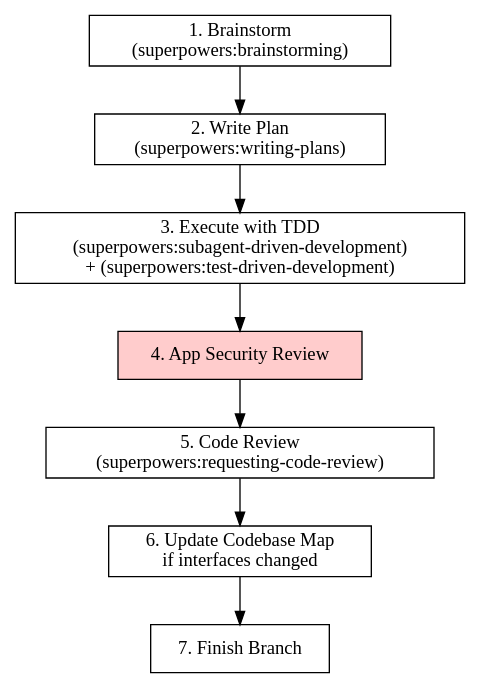
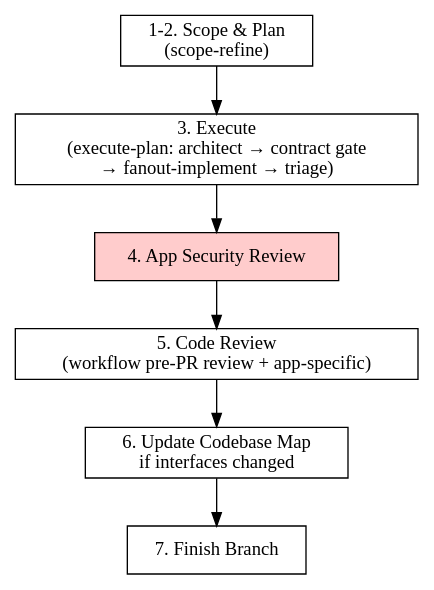
One commit to Nilay-Shah/dotfiles changed the diagram in .claude/skills/staff-swe/SKILL.md. Above: the diagram before and after it, drawn with Graphviz. The commit also changed other lines of this file and 26 other files, not shown here.

````diff
--- a/.claude/skills/staff-swe/SKILL.md
+++ b/.claude/skills/staff-swe/SKILL.md
@@ -25,14 +25,13 @@
 ```dot
 digraph swe_pipeline {
     rankdir=TB;
-    brainstorm [label="1. Brainstorm\n(superpowers:brainstorming)", shape=box];
-    plan [label="2. Write Plan\n(superpowers:writing-plans)", shape=box];
-    execute [label="3. Execute with TDD\n(superpowers:subagent-driven-development)\n+ (superpowers:test-driven-development)", shape=box];
+    scope [label="1-2. Scope & Plan\n(scope-refine)", shape=box];
+    execute [label="3. Execute\n(execute-plan: architect → contract gate\n→ fanout-implement → triage)", shape=box];
     security [label="4. App Security Review", shape=box, style=filled, fillcolor="#ffcccc"];
-    review [label="5. Code Review\n(superpowers:requesting-code-review)", shape=box];
+    review [label="5. Code Review\n(workflow pre-PR review + app-specific)", shape=box];
     update [label="6. Update Codebase Map\nif interfaces changed", shape=box];
     finish [label="7. Finish Branch", shape=box];
 
-    brainstorm -> plan -> execute -> security -> review -> update -> finish;
+    scope -> execute -> security -> review -> update -> finish;
 }
 ```
````
